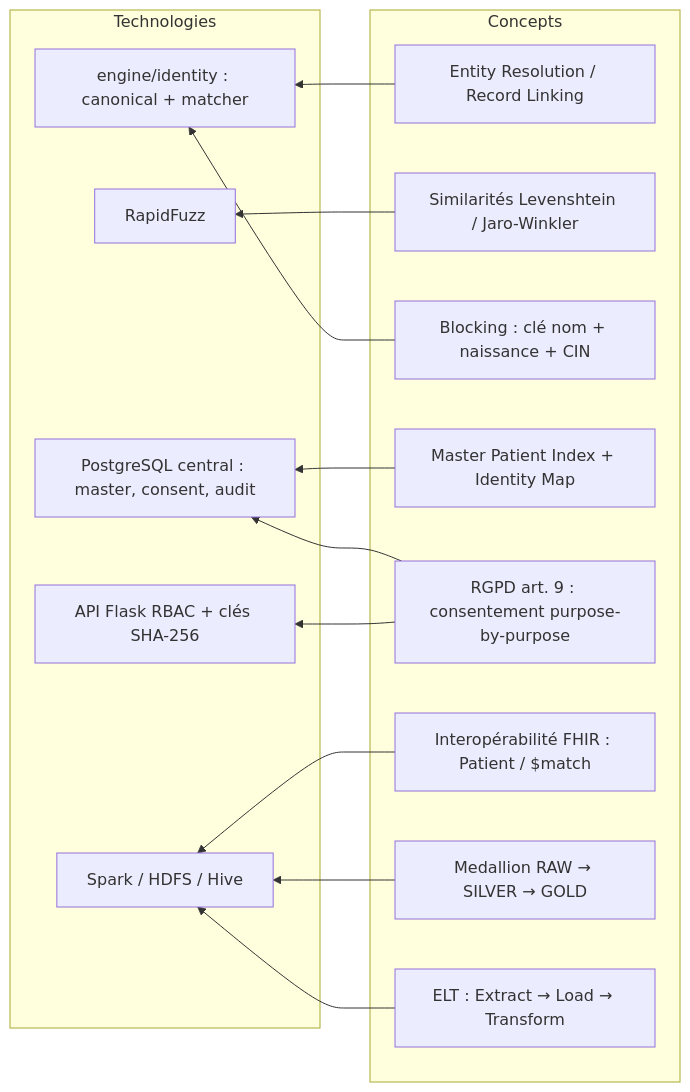
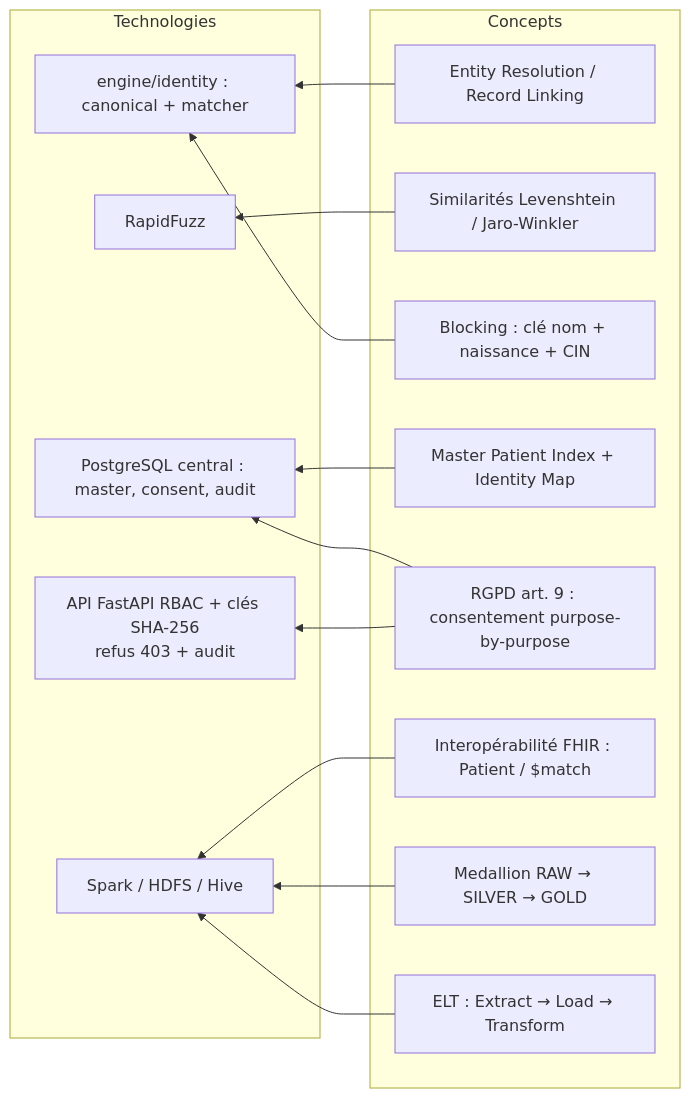
Before and after one commit to Alphamanjaka/test-big-data: the diagram in chapters/02-etat-de-l-art.md, drawn with Mermaid. The commit also changed other lines of this file and 21 other files, not shown here.

First line of the commit message:
feat(gouvernance): appliquer le consentement sur l'API FastAPI + axes etat de l'art

````diff
--- a/chapters/02-etat-de-l-art.md
+++ b/chapters/02-etat-de-l-art.md
@@ -214,29 +218,29 @@
 ```mermaid
 flowchart RL
     subgraph Concepts
         ER[Entity Resolution / Record Linking]
         SIM[Similarités Levenshtein / Jaro-Winkler]
         BLK[Blocking : clé nom + naissance + CIN]
         MPI[Master Patient Index + Identity Map]
         RGDP[RGPD art. 9 : consentement purpose-by-purpose]
         FH[Interopérabilité FHIR : Patient / $match]
         MED[Medallion RAW → SILVER → GOLD]
         ELT[ELT : Extract → Load → Transform]
     end
     subgraph Technologies
         RF[RapidFuzz]
         EN[engine/identity : canonical + matcher]
         PG[PostgreSQL central : master, consent, audit]
         SP[Spark / HDFS / Hive]
-        API[API Flask RBAC + clés SHA-256]
+        API[API FastAPI RBAC + clés SHA-256<br/>refus 403 + audit]
     end
     ER --> EN
     SIM --> RF
     BLK --> EN
     MPI --> PG
     RGDP --> API
     RGDP --> PG
     FH --> SP
     MED --> SP
     ELT --> SP
 ```
````
